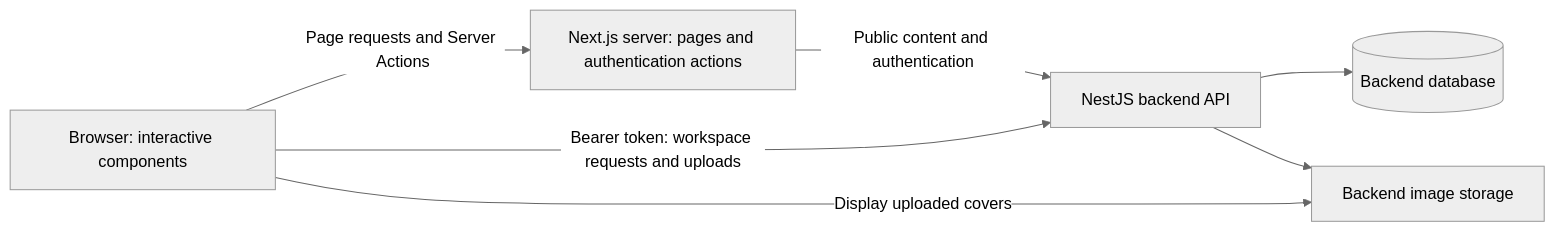
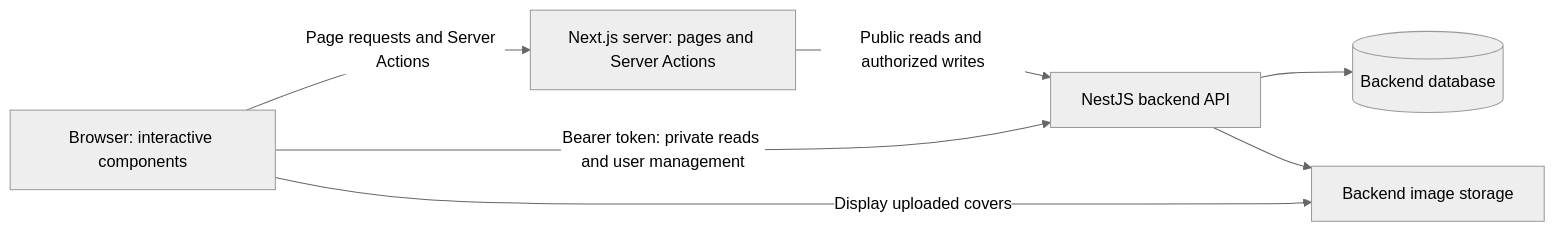
Before and after one commit to Bee-pmt/blog_hub_frontend: the first of 2 diagrams in architecture.md, drawn with Mermaid (neutral theme). The commit also changed other lines of this file and 28 other files, not shown here.

````diff
--- a/architecture.md
+++ b/architecture.md
@@ -21,14 +21,14 @@
 ```mermaid
 flowchart LR
     Browser[Browser: interactive components]
-    Next[Next.js server: pages and authentication actions]
+    Next[Next.js server: pages and Server Actions]
     API[NestJS backend API]
     Images[Backend image storage]
     Database[(Backend database)]
     Browser -->|Page requests and Server Actions| Next
-    Next -->|Public content and authentication| API
-    Browser -->|Bearer token: workspace requests and uploads| API
+    Next -->|Public reads and authorized writes| API
+    Browser -->|Bearer token: private reads and user management| API
     Browser -->|Display uploaded covers| Images
     API --> Database
     API --> Images
 ```
````
